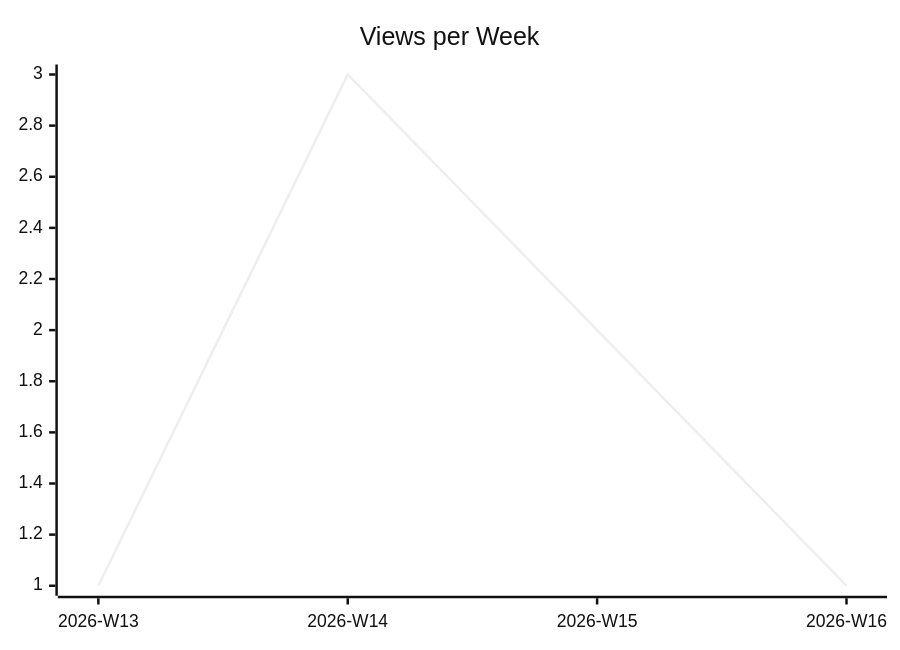
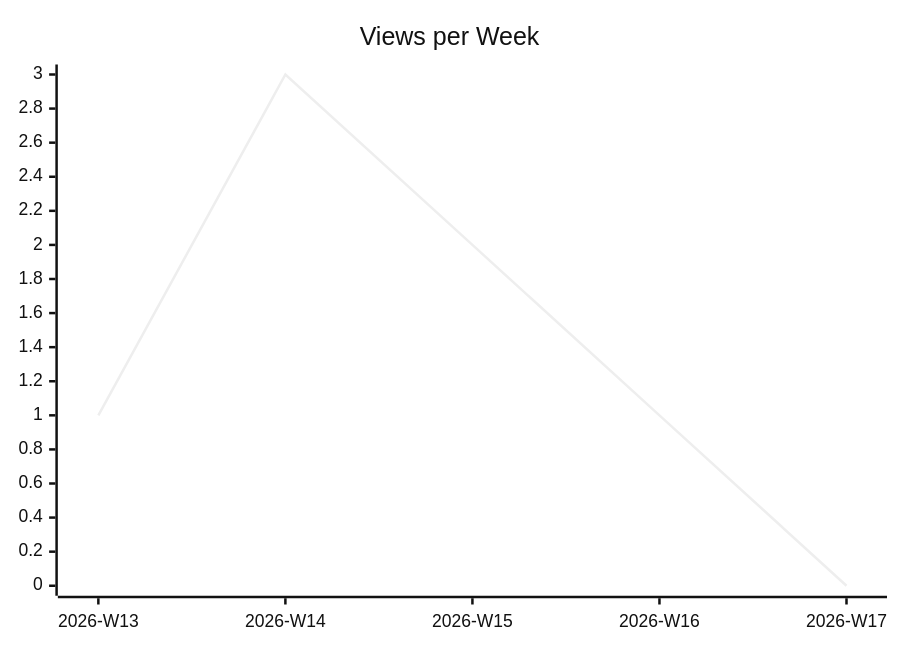
One commit to justdavis-family/github-analytics-data changed the second of 3 diagrams in karlmdavis/fhir-benchmarks/README.md. Above: the diagram before and after it, drawn with Mermaid (neutral theme). The commit also changed other lines of this file and 192 other files, not shown here.

````diff
--- a/karlmdavis/fhir-benchmarks/README.md
+++ b/karlmdavis/fhir-benchmarks/README.md
@@ -12,6 +12,6 @@
 ```mermaid
 xychart-beta
   title "Views per Week"
-  x-axis ["2026-W13", "2026-W14", "2026-W15", "2026-W16"]
-  line [1, 3, 2, 1]
+  x-axis ["2026-W13", "2026-W14", "2026-W15", "2026-W16", "2026-W17"]
+  line [1, 3, 2, 1, 0]
 ```
````
